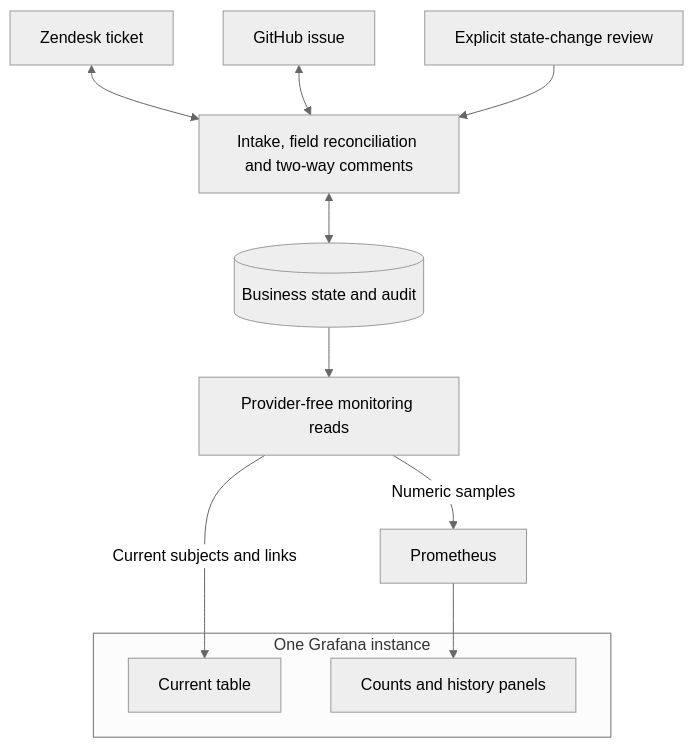
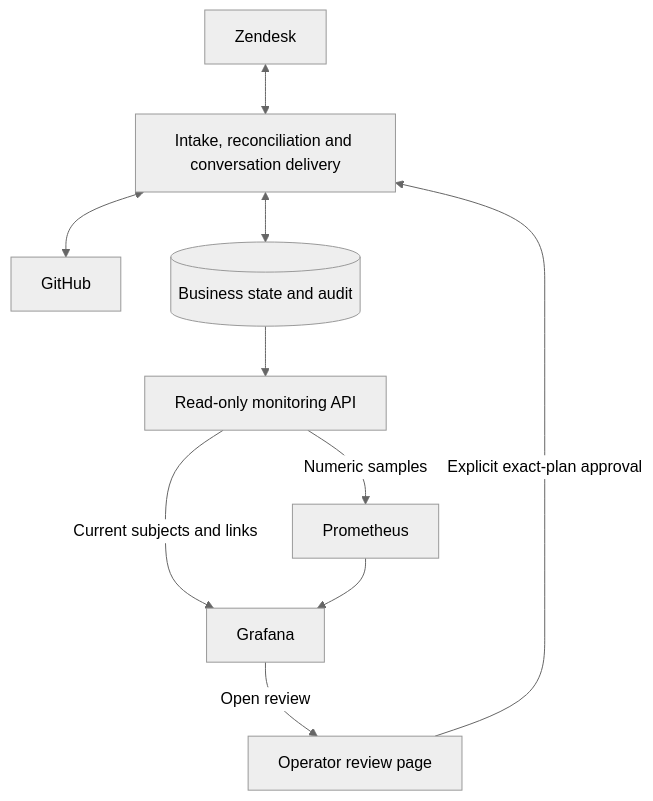
One commit to AlbertFlorescu/support-bridge changed the diagram in README.md. Above: the diagram before and after it, drawn with Mermaid (neutral theme). The commit also changed other lines of this file and 53 other files, not shown here.

````diff
--- a/README.md
+++ b/README.md
@@ -100,15 +51,12 @@
-```mermaid
+~~~mermaid
 flowchart TB
-    ZD["Zendesk ticket"] <--> Workflow["Intake, field reconciliation and two-way comments"]
-    GH["GitHub issue"] <--> Workflow
-    Operator["Explicit state-change review"] --> Workflow
+    ZD["Zendesk"] <--> Workflow["Intake, reconciliation and conversation delivery"]
+    Workflow <--> GH["GitHub"]
     Workflow <--> Store[("Business state and audit")]
-    Store --> API["Provider-free monitoring reads"]
-    API -->|"Current subjects and links"| Table
-    API -->|"Numeric samples"| Prometheus
-    Prometheus --> History
-    subgraph Grafana["One Grafana instance"]
-        Table["Current table"]
-        History["Counts and history panels"]
-    end
-```
+    Store --> Read["Read-only monitoring API"]
+    Read -->|"Current subjects and links"| Grafana["Grafana"]
+    Read -->|"Numeric samples"| Prometheus["Prometheus"]
+    Prometheus --> Grafana
+    Grafana -->|"Open review"| Review["Operator review page"]
+    Review -->|"Explicit exact-plan approval"| Workflow
+~~~
````
